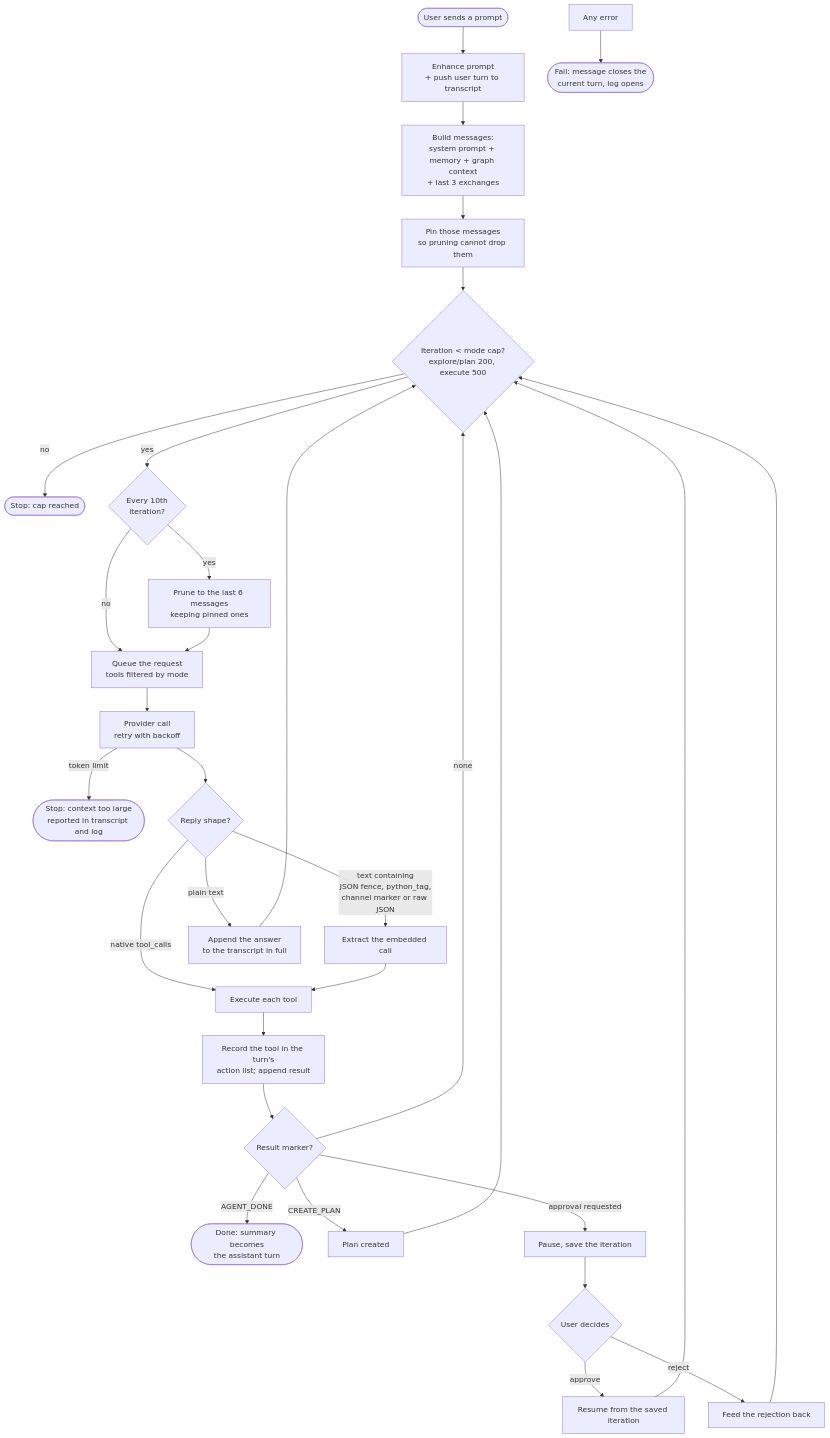
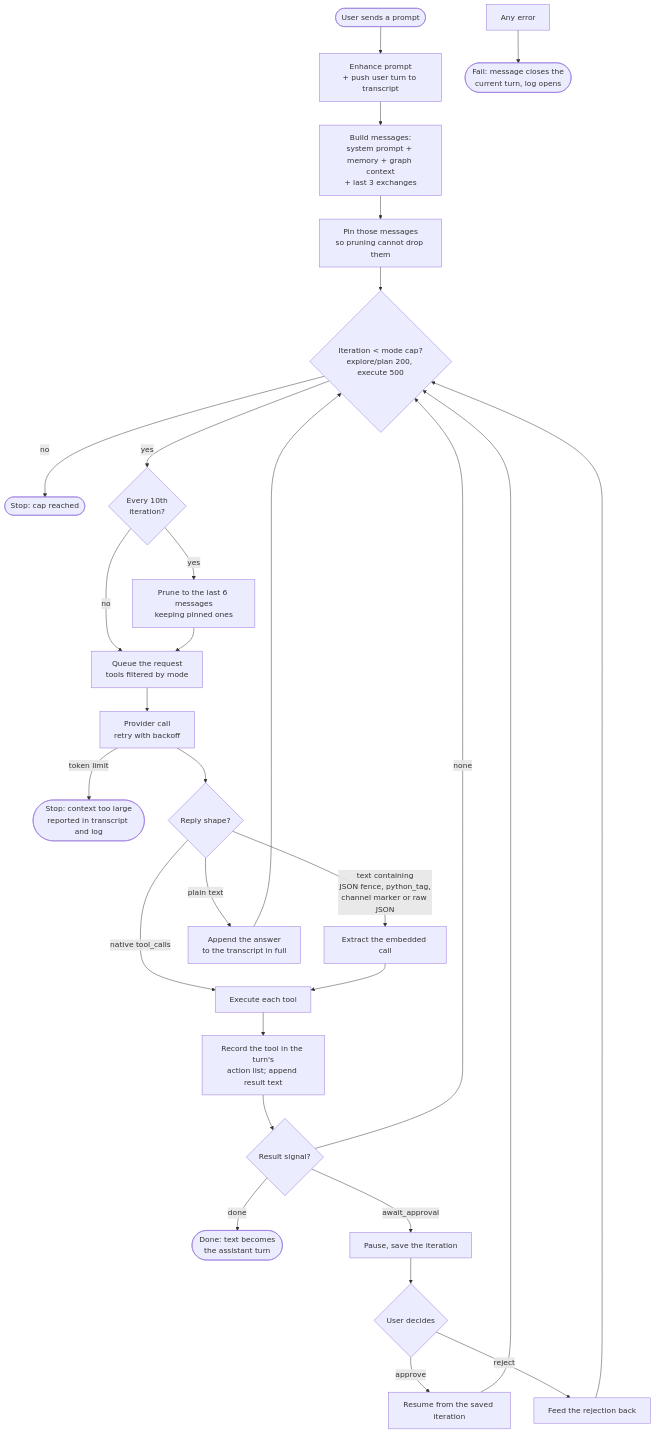
The second of 4 diagrams in docs/content/AGENT_ARCHITECTURE.md (sorenwacker/nodus), drawn with Mermaid before and after one commit. The commit also changed other lines of this file and 1 other file, not shown here.

Commit message:
Specify one registry per tool so a call has one place it can be answered

````diff
--- a/docs/content/AGENT_ARCHITECTURE.md
+++ b/docs/content/AGENT_ARCHITECTURE.md
@@ -70,37 +70,36 @@
 ```mermaid
 flowchart TB
     Start([User sends a prompt]) --> Enhance[Enhance prompt<br/>+ push user turn to transcript]
     Enhance --> Build[Build messages:<br/>system prompt + memory + graph context<br/>+ last 3 exchanges]
     Build --> Pin[Pin those messages<br/>so pruning cannot drop them]
     Pin --> Iter{Iteration < mode cap?<br/>explore/plan 200, execute 500}
 
     Iter -->|no| Stop([Stop: cap reached])
     Iter -->|yes| Prune{Every 10th<br/>iteration?}
     Prune -->|yes| DoPrune[Prune to the last 6 messages<br/>keeping pinned ones]
     Prune -->|no| Call
     DoPrune --> Call[Queue the request<br/>tools filtered by mode]
 
     Call --> Provider[Provider call<br/>retry with backoff]
     Provider -->|token limit| Limit([Stop: context too large<br/>reported in transcript and log])
     Provider --> Reply{Reply shape?}
 
     Reply -->|native tool_calls| Run[Execute each tool]
     Reply -->|text containing<br/>JSON fence, python_tag,<br/>channel marker or raw JSON| Extract[Extract the embedded call]
     Extract --> Run
     Reply -->|plain text| Say[Append the answer<br/>to the transcript in full]
     Say --> Iter
 
-    Run --> Record[Record the tool in the turn's<br/>action list; append result]
-    Record --> Marker{Result marker?}
+    Run --> Record[Record the tool in the turn's<br/>action list; append result text]
+    Record --> Signal{Result signal?}
 
-    Marker -->|AGENT_DONE| Done([Done: summary becomes<br/>the assistant turn])
-    Marker -->|CREATE_PLAN| Plan[Plan created] --> Iter
-    Marker -->|approval requested| Pause[Pause, save the iteration]
-    Marker -->|none| Iter
+    Signal -->|done| Done([Done: text becomes<br/>the assistant turn])
+    Signal -->|await_approval| Pause[Pause, save the iteration]
+    Signal -->|none| Iter
 
     Pause --> Decide{User decides}
     Decide -->|approve| Resume[Resume from the saved iteration] --> Iter
     Decide -->|reject| Revise[Feed the rejection back] --> Iter
 
     Err[Any error] --> Fail([Fail: message closes the<br/>current turn, log opens])
 ```
````
